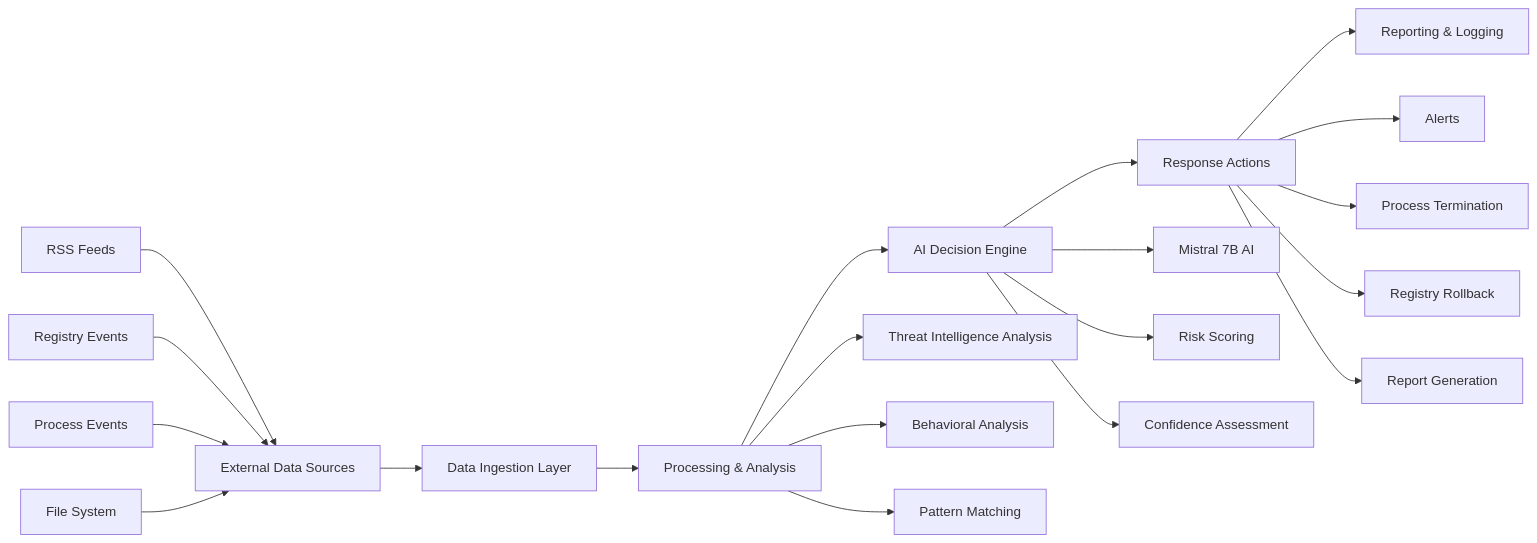
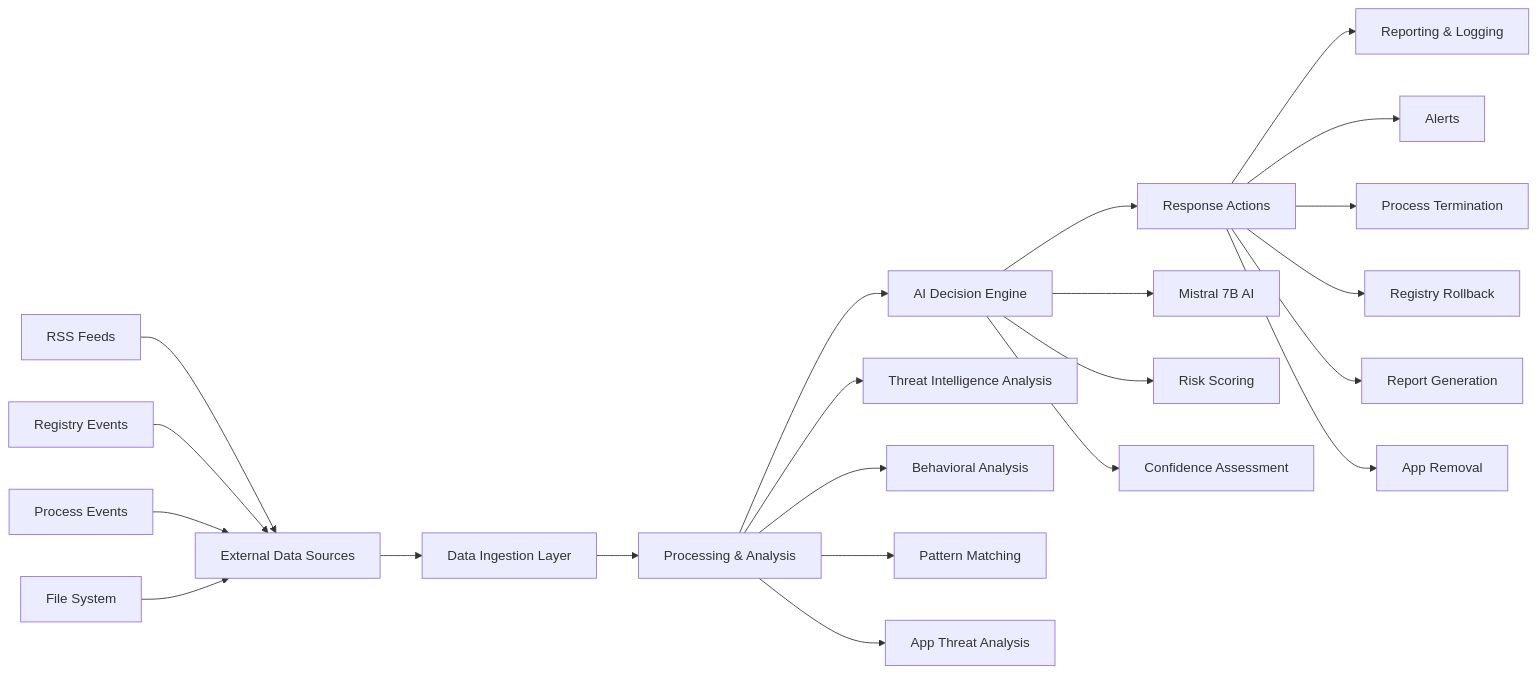
The second of 2 diagrams in README.md (AirbusA321NX/guardrail_system), drawn with Mermaid before and after one commit. The commit also changed other lines of this file and 3 other files, not shown here.

Commit message:
Enhanced registry monitoring with application-based grouping, improved process information retrieval, and integrated application threat detection and removal capabilities

````diff
--- a/README.md
+++ b/README.md
@@ -88,26 +98,28 @@
 ```mermaid
 graph LR
     A[External Data Sources] --> B[Data Ingestion Layer]
     B --> C[Processing & Analysis]
     C --> D[AI Decision Engine]
     D --> E[Response Actions]
     E --> F[Reporting & Logging]
     
     A1[RSS Feeds] --> A
     A2[Registry Events] --> A
     A3[Process Events] --> A
     A4[File System] --> A
     
     C --> C1[Threat Intelligence Analysis]
     C --> C2[Behavioral Analysis]
     C --> C3[Pattern Matching]
+    C --> C4[App Threat Analysis]
     
     D --> D1[Mistral 7B AI]
     D --> D2[Risk Scoring]
     D --> D3[Confidence Assessment]
     
     E --> E1[Alerts]
     E --> E2[Process Termination]
     E --> E3[Registry Rollback]
     E --> E4[Report Generation]
+    E --> E5[App Removal]
 ```
````
